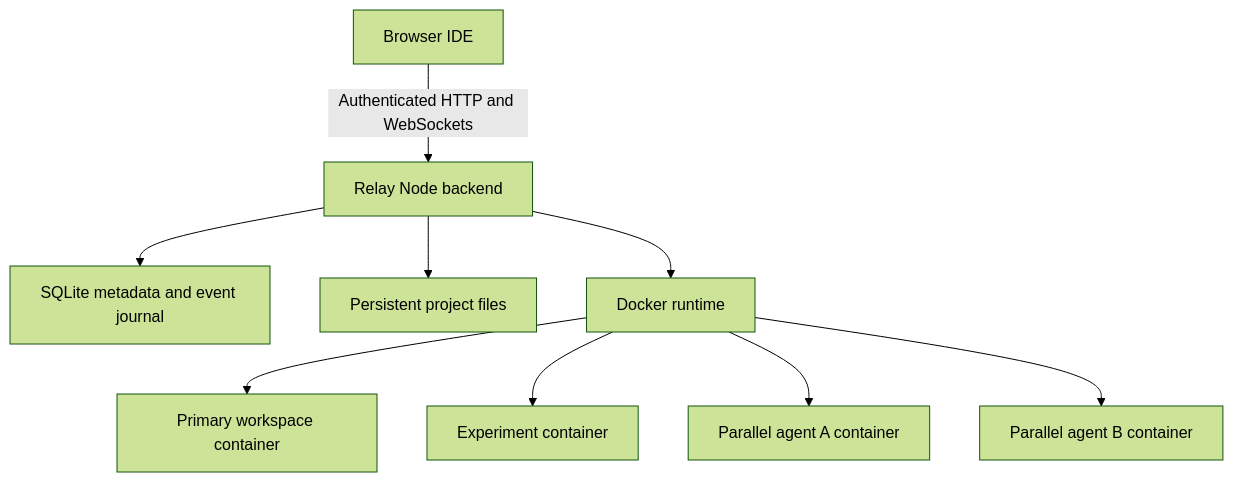
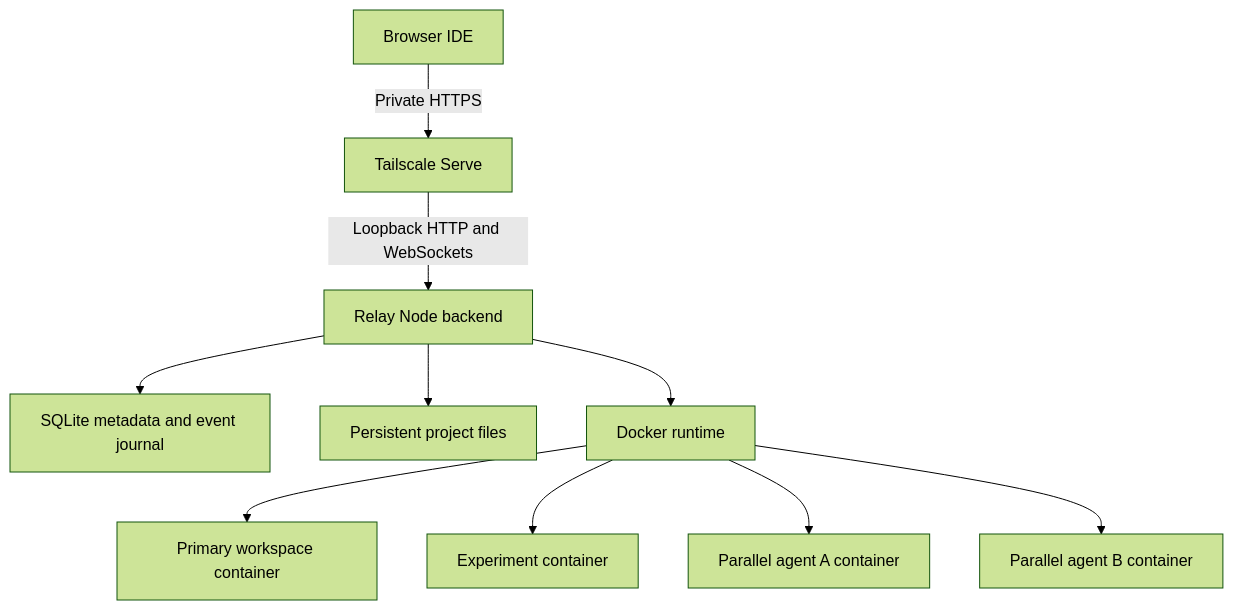
Before and after one commit to neilhaoyuan/relay: the diagram in docs/ARCHITECTURE.md, drawn with Mermaid (forest theme). The commit also changed other lines of this file and 19 other files, not shown here.

````diff
--- a/docs/ARCHITECTURE.md
+++ b/docs/ARCHITECTURE.md
@@ -11,11 +11,12 @@
 ```mermaid
 flowchart TD
-  Browser[Browser IDE] -->|Authenticated HTTP and WebSockets| Server[Relay Node backend]
+  Browser[Browser IDE] -->|Private HTTPS| Tailscale[Tailscale Serve]
+  Tailscale -->|Loopback HTTP and WebSockets| Server[Relay Node backend]
   Server --> Store[SQLite metadata and event journal]
   Server --> Files[Persistent project files]
   Server --> Docker[Docker runtime]
   Docker --> Primary[Primary workspace container]
   Docker --> Experiment[Experiment container]
   Docker --> AgentA[Parallel agent A container]
   Docker --> AgentB[Parallel agent B container]
 ```
````
